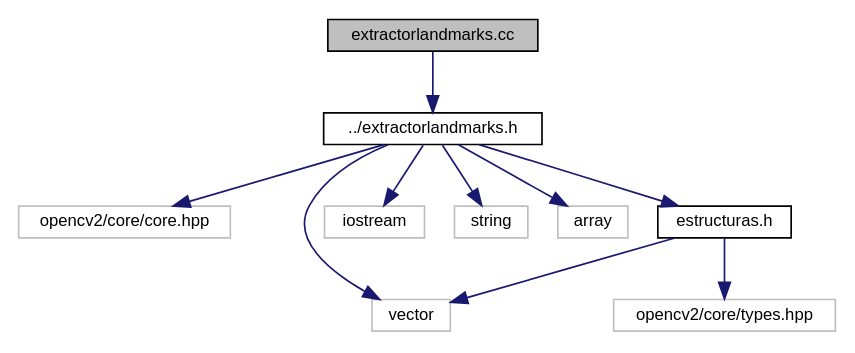
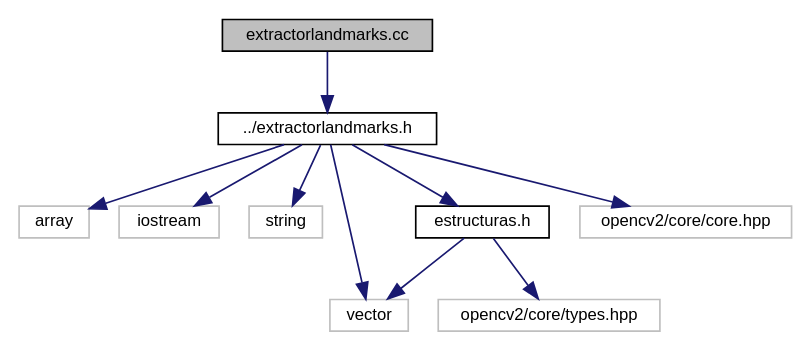
The diagram in extractorlandmarks_8cc__incl.dot (agustinavila/ProyectoVision), drawn with Graphviz before and after one commit. The commit also changed 191 other files, not shown here.

```diff
--- a/extractorlandmarks_8cc__incl.dot
+++ b/extractorlandmarks_8cc__incl.dot
@@ -1,24 +1,24 @@
 digraph "extractorlandmarks.cc"
 {
  // LATEX_PDF_SIZE
   edge [fontname="Helvetica",fontsize="10",labelfontname="Helvetica",labelfontsize="10"];
   node [fontname="Helvetica",fontsize="10",shape=record];
   Node1 [label="extractorlandmarks.cc",height=0.2,width=0.4,color="black", fillcolor="grey75", style="filled", fontcolor="black",tooltip="implementacion de la clase abstracta ExtractorLandmarks"];
   Node1 -> Node2 [color="midnightblue",fontsize="10",style="solid",fontname="Helvetica"];
   Node2 [label="../extractorlandmarks.h",height=0.2,width=0.4,color="black", fillcolor="white", style="filled",URL="$extractorlandmarks_8h.html",tooltip="Declaracion de la clase abstracta ExtractorLandmarks."];
   Node2 -> Node3 [color="midnightblue",fontsize="10",style="solid",fontname="Helvetica"];
-  Node3 [label="opencv2/core/core.hpp",height=0.2,width=0.4,color="grey75", fillcolor="white", style="filled",tooltip=" "];
+  Node3 [label="array",height=0.2,width=0.4,color="grey75", fillcolor="white", style="filled",tooltip=" "];
   Node2 -> Node4 [color="midnightblue",fontsize="10",style="solid",fontname="Helvetica"];
-  Node4 [label="vector",height=0.2,width=0.4,color="grey75", fillcolor="white", style="filled",tooltip=" "];
+  Node4 [label="iostream",height=0.2,width=0.4,color="grey75", fillcolor="white", style="filled",tooltip=" "];
   Node2 -> Node5 [color="midnightblue",fontsize="10",style="solid",fontname="Helvetica"];
-  Node5 [label="iostream",height=0.2,width=0.4,color="grey75", fillcolor="white", style="filled",tooltip=" "];
+  Node5 [label="string",height=0.2,width=0.4,color="grey75", fillcolor="white", style="filled",tooltip=" "];
   Node2 -> Node6 [color="midnightblue",fontsize="10",style="solid",fontname="Helvetica"];
-  Node6 [label="string",height=0.2,width=0.4,color="grey75", fillcolor="white", style="filled",tooltip=" "];
+  Node6 [label="vector",height=0.2,width=0.4,color="grey75", fillcolor="white", style="filled",tooltip=" "];
   Node2 -> Node7 [color="midnightblue",fontsize="10",style="solid",fontname="Helvetica"];
-  Node7 [label="array",height=0.2,width=0.4,color="grey75", fillcolor="white", style="filled",tooltip=" "];
-  Node2 -> Node8 [color="midnightblue",fontsize="10",style="solid",fontname="Helvetica"];
-  Node8 [label="estructuras.h",height=0.2,width=0.4,color="black", fillcolor="white", style="filled",URL="$estructuras_8h.html",tooltip="Descripcion de distintas estructuras de datos usadas por la clase."];
-  Node8 -> Node4 [color="midnightblue",fontsize="10",style="solid",fontname="Helvetica"];
-  Node8 -> Node9 [color="midnightblue",fontsize="10",style="solid",fontname="Helvetica"];
-  Node9 [label="opencv2/core/types.hpp",height=0.2,width=0.4,color="grey75", fillcolor="white", style="filled",tooltip=" "];
+  Node7 [label="estructuras.h",height=0.2,width=0.4,color="black", fillcolor="white", style="filled",URL="$estructuras_8h.html",tooltip="Descripcion de distintas estructuras de datos usadas por la clase."];
+  Node7 -> Node6 [color="midnightblue",fontsize="10",style="solid",fontname="Helvetica"];
+  Node7 -> Node8 [color="midnightblue",fontsize="10",style="solid",fontname="Helvetica"];
+  Node8 [label="opencv2/core/types.hpp",height=0.2,width=0.4,color="grey75", fillcolor="white", style="filled",tooltip=" "];
+  Node2 -> Node9 [color="midnightblue",fontsize="10",style="solid",fontname="Helvetica"];
+  Node9 [label="opencv2/core/core.hpp",height=0.2,width=0.4,color="grey75", fillcolor="white", style="filled",tooltip=" "];
 }
```
